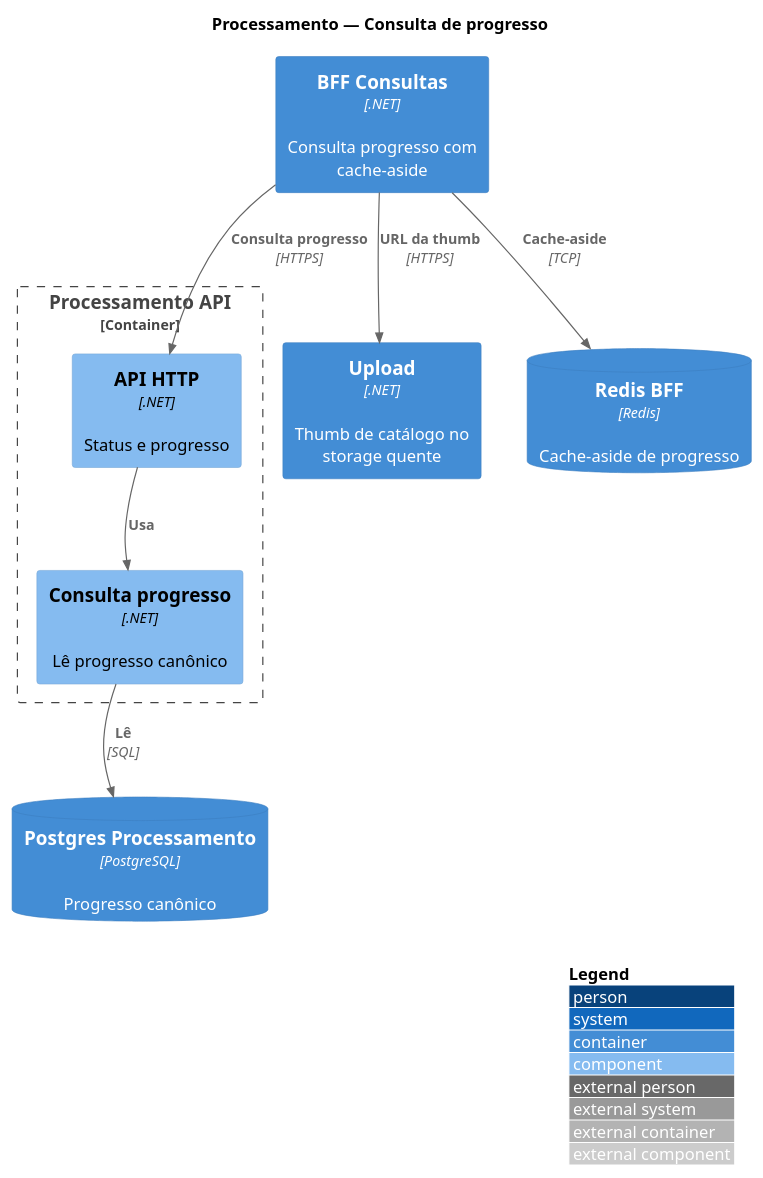
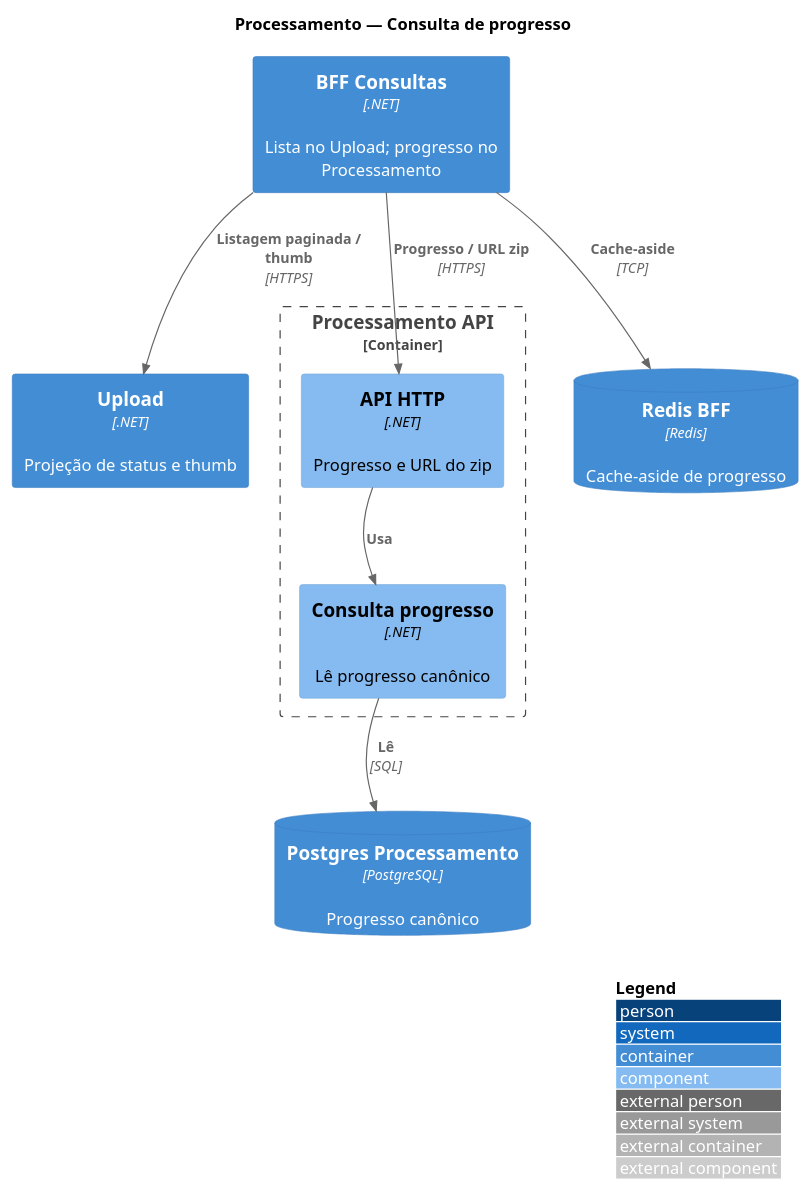
One commit to fiap-x-vcosta/docs changed the diagram in arquitetura/07_componentes-processamento-consulta.puml. Above: the diagram before and after it, drawn with PlantUML. The commit also changed 26 other files, not shown here.

Commit message:
docs: status de processamento unificado; Upload como projeção da listagem

```diff
--- a/arquitetura/07_componentes-processamento-consulta.puml
+++ b/arquitetura/07_componentes-processamento-consulta.puml
@@ -1,31 +1,31 @@
 @startuml 07_componentes-processamento-consulta
 !include https://raw.githubusercontent.com/plantuml-stdlib/C4-PlantUML/master/C4_Component.puml
 
 LAYOUT_WITH_LEGEND()
 LAYOUT_TOP_DOWN()
 
 title Processamento — Consulta de progresso
 
-Container(bff, "BFF Consultas", ".NET", "Consulta progresso com cache-aside")
-Container(upload, "Upload", ".NET", "Thumb de catálogo no storage quente")
+Container(bff, "BFF Consultas", ".NET", "Lista no Upload; progresso no Processamento")
+Container(upload, "Upload", ".NET", "Projeção de status e thumb")
 ContainerDb(redis, "Redis BFF", "Redis", "Cache-aside de progresso")
 ContainerDb(pgProc, "Postgres Processamento", "PostgreSQL", "Progresso canônico")
 
 Container_Boundary(procApi, "Processamento API") {
-  Component(apiHttp, "API HTTP", ".NET", "Status e progresso")
+  Component(apiHttp, "API HTTP", ".NET", "Progresso e URL do zip")
   Component(consulta, "Consulta progresso", ".NET", "Lê progresso canônico")
 }
 
+Rel(bff, upload, "Listagem paginada / thumb", "HTTPS")
 Rel(bff, redis, "Cache-aside", "TCP")
-Rel(bff, apiHttp, "Consulta progresso", "HTTPS")
+Rel(bff, apiHttp, "Progresso / URL zip", "HTTPS")
 Rel(apiHttp, consulta, "Usa")
 Rel(consulta, pgProc, "Lê", "SQL")
-Rel(bff, upload, "URL da thumb", "HTTPS")
 
 Lay_D(bff, redis)
+Lay_R(bff, upload)
 Lay_R(bff, apiHttp)
 Lay_D(apiHttp, consulta)
 Lay_D(consulta, pgProc)
-Lay_R(apiHttp, upload)
 
 @enduml
```
